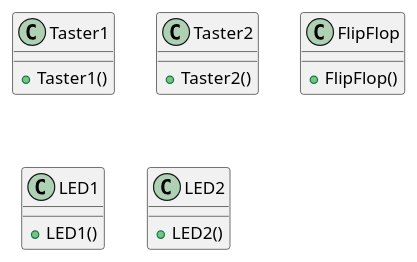
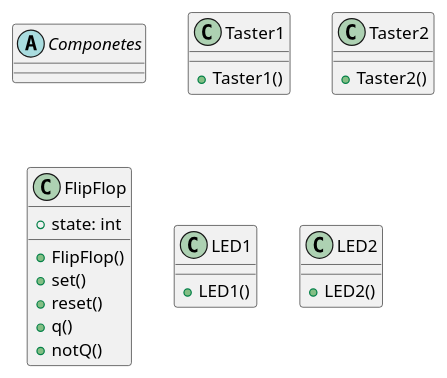
The diagram in src/Klassen_UML.puml (Ali8105/sew5_sem1), drawn with PlantUML before and after one commit. The commit also changed 1 other file, not shown here.

Commit message:
Klassen UML

```diff
--- a/src/Klassen_UML.puml
+++ b/src/Klassen_UML.puml
@@ -1,25 +1,34 @@
 @startuml
+
+abstract class Componetes{
+
+}
 
 class Taster1 {
  + Taster1()
 }
 
 class Taster2{
  + Taster2()
 }
 
 class FlipFlop{
  + FlipFlop()
+ + state: int
+ + set()
+ + reset()
+ + q()
+ + notQ()
 }
 
 class LED1{
  + LED1()
 }
 
 class LED2{
  + LED2()
 }
 
 
 
 @enduml
```
